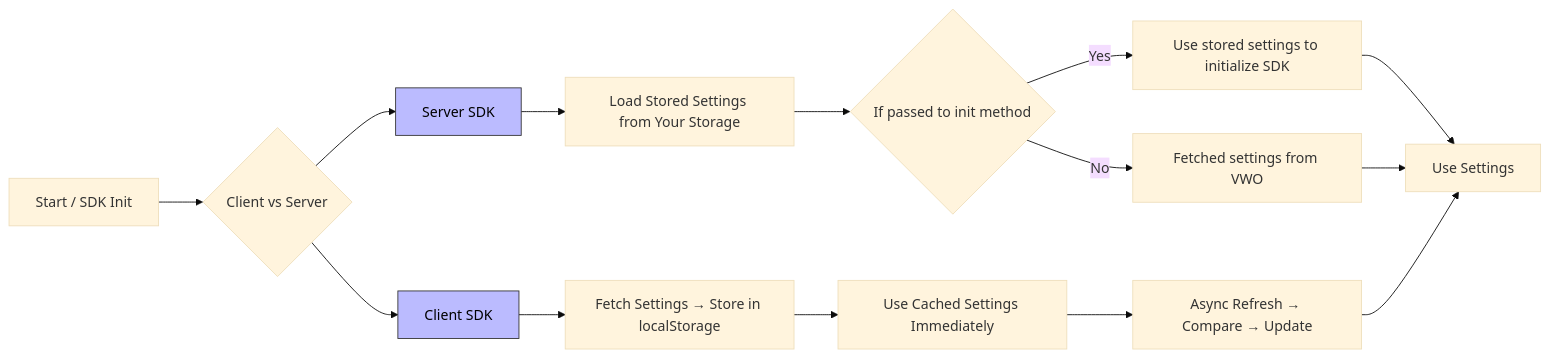
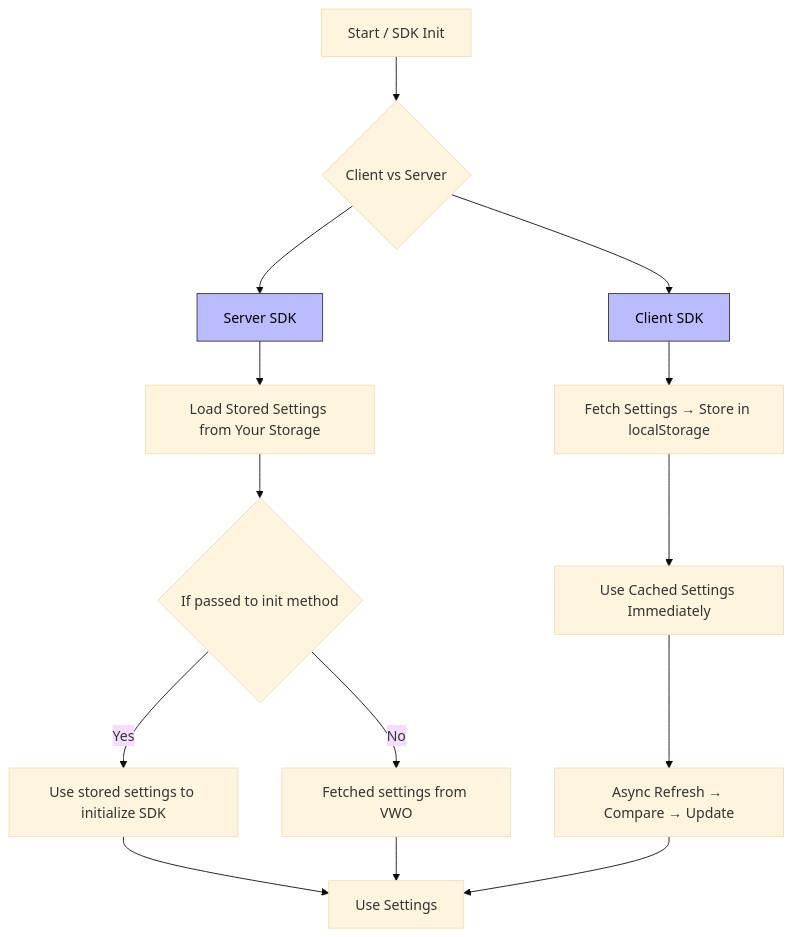
One commit to wingify/readme-central changed the third of 3 diagrams in docs/Concepts/fme-sdks-caching.md. Above: the diagram before and after it, drawn with Mermaid (base theme).

Commit message:
Update doc `fme-sdks-caching`

````diff
--- a/docs/Concepts/fme-sdks-caching.md
+++ b/docs/Concepts/fme-sdks-caching.md
@@ -194,25 +194,25 @@
 ```mermaid
-graph LR
+graph TD
   A[Start / SDK Init] --> B{Client vs Server}
   B --> C[Client SDK]
   B --> D[Server SDK]
   C --> E[Fetch Settings → Store in localStorage]
   E --> F[Use Cached Settings Immediately]
   F --> G[Async Refresh → Compare → Update]
   D --> H[Load Stored Settings from Your Storage]
   H --> I{If passed to init method}
   I -->|Yes| J[Use stored settings to initialize SDK]
   I -->|No| K[Fetched settings from VWO]
   J --> L[Use Settings]
   K --> L
   G --> L
   
   %% Assign classes
   class C client
   class D server
 
   %% Define styles
   classDef client fill:#bbf,stroke:#333,stroke-width:1px,color:#000
   classDef server fill:#bbf,stroke:#333,stroke-width:1px,color:#000
 
 ```
````
